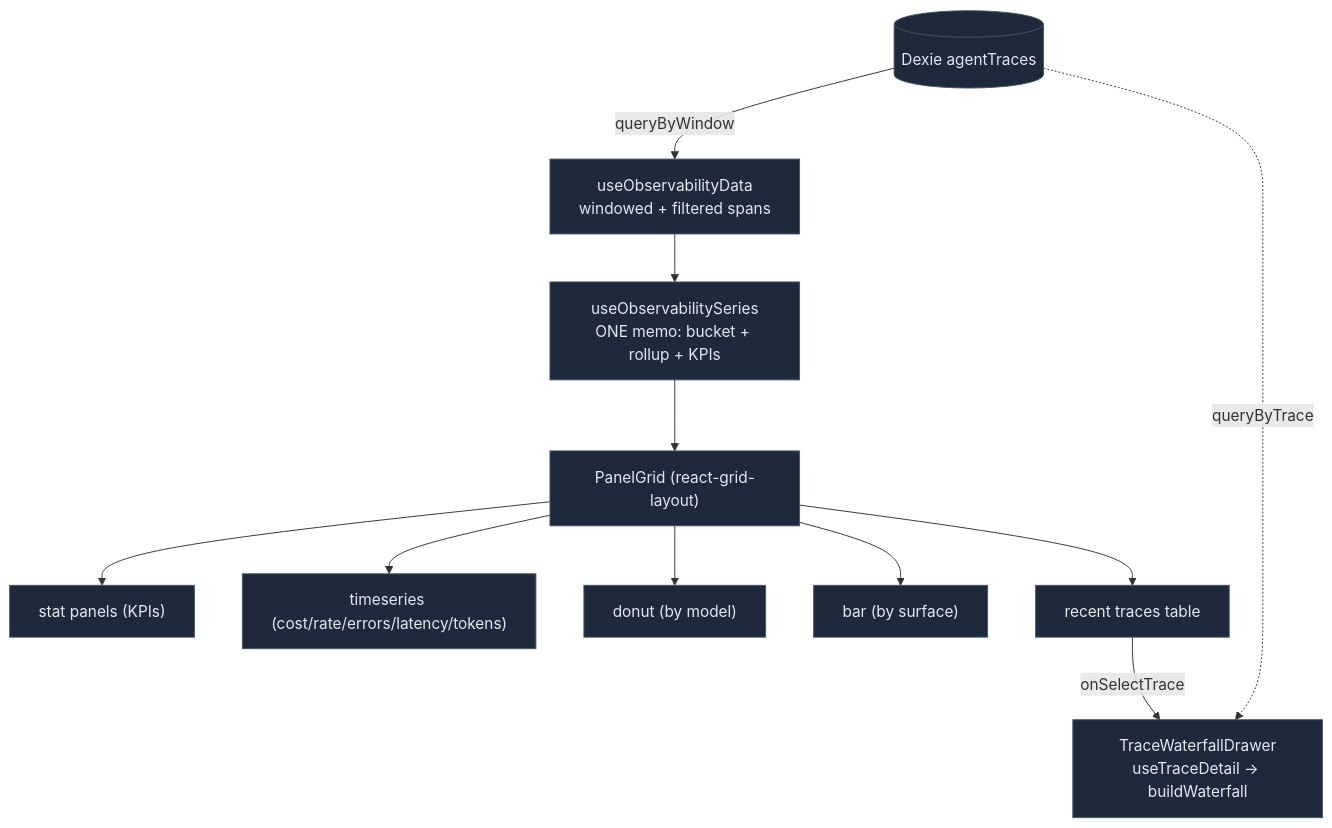
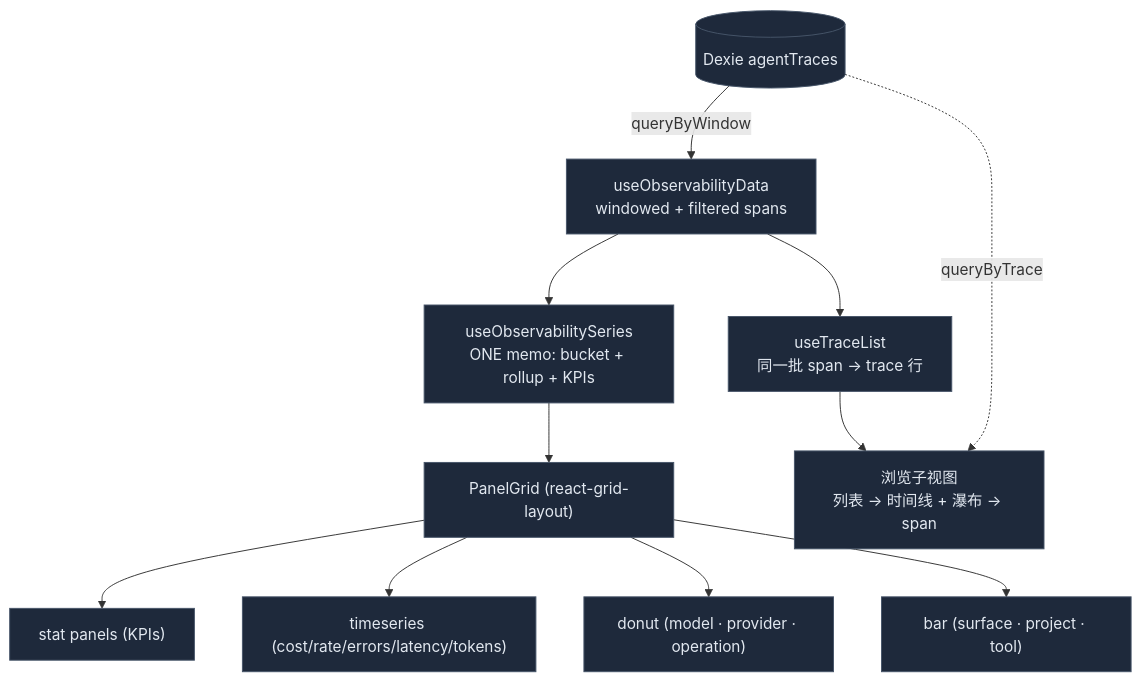
One commit to MaxQian888/cognia-next changed the diagram in docs/content/docs/zh/subsystems/observability/tracing-dashboard.mdx. Above: the diagram before and after it, drawn with Mermaid. The commit also changed other lines of this file and 33 other files, not shown here.

````diff
--- a/docs/content/docs/zh/subsystems/observability/tracing-dashboard.mdx
+++ b/docs/content/docs/zh/subsystems/observability/tracing-dashboard.mdx
@@ -50,17 +52,17 @@
 ```mermaid
 flowchart TB
   Dexie[("Dexie agentTraces")]
   Dexie -->|"queryByWindow"| Data["useObservabilityData<br/>windowed + filtered spans"]
   Data --> Series["useObservabilitySeries<br/>ONE memo: bucket + rollup + KPIs"]
   Series --> Grid["PanelGrid (react-grid-layout)"]
   Grid --> P1["stat panels (KPIs)"]
   Grid --> P2["timeseries (cost/rate/errors/latency/tokens)"]
-  Grid --> P3["donut (by model)"]
-  Grid --> P4["bar (by surface)"]
-  Grid --> P5["recent traces table"]
-  P5 -->|"onSelectTrace"| Drawer["TraceWaterfallDrawer<br/>useTraceDetail → buildWaterfall"]
-  Dexie -.->|"queryByTrace"| Drawer
+  Grid --> P3["donut (model · provider · operation)"]
+  Grid --> P4["bar (surface · project · tool)"]
+  Data --> List["useTraceList<br/>同一批 span → trace 行"]
+  List --> Explore["浏览子视图<br/>列表 → 时间线 + 瀑布 → span"]
+  Dexie -.->|"queryByTrace"| Explore
 
   classDef box fill:#1e293b,stroke:#475569,color:#e2e8f0
-  class Dexie,Data,Series,Grid,P1,P2,P3,P4,P5,Drawer box
+  class Dexie,Data,Series,Grid,P1,P2,P3,P4,List,Explore box
 ```
````
